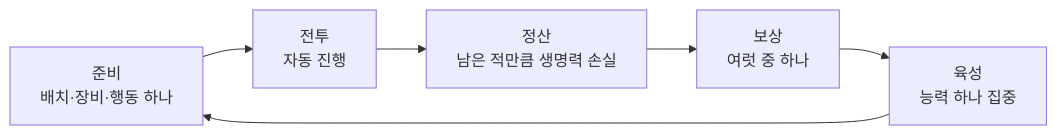
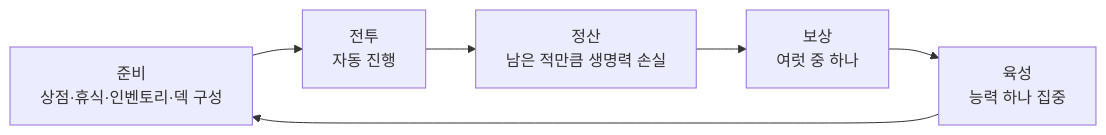
Before and after one commit to siholee/NeverTheLast: the second of 2 diagrams in Assets/Docs/Design/GDD_Main.md, drawn with Mermaid. The commit also changed other lines of this file and 1948 other files, not shown here.

````diff
--- a/Assets/Docs/Design/GDD_Main.md
+++ b/Assets/Docs/Design/GDD_Main.md
@@ -108,8 +114,8 @@
 ```mermaid
 flowchart LR
-    P[준비<br/>배치·장비·행동 하나] --> B[전투<br/>자동 진행]
+    P[준비<br/>상점·휴식·인벤토리·덱 구성] --> B[전투<br/>자동 진행]
     B --> R[정산<br/>남은 적만큼 생명력 손실]
     R --> W[보상<br/>여럿 중 하나]
     W --> T[육성<br/>능력 하나 집중]
     T --> P
 ```
````
